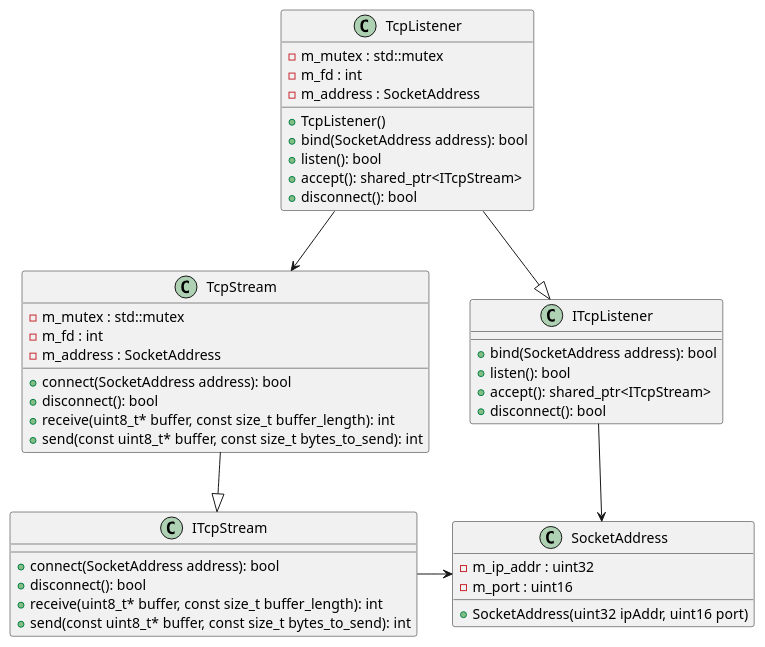
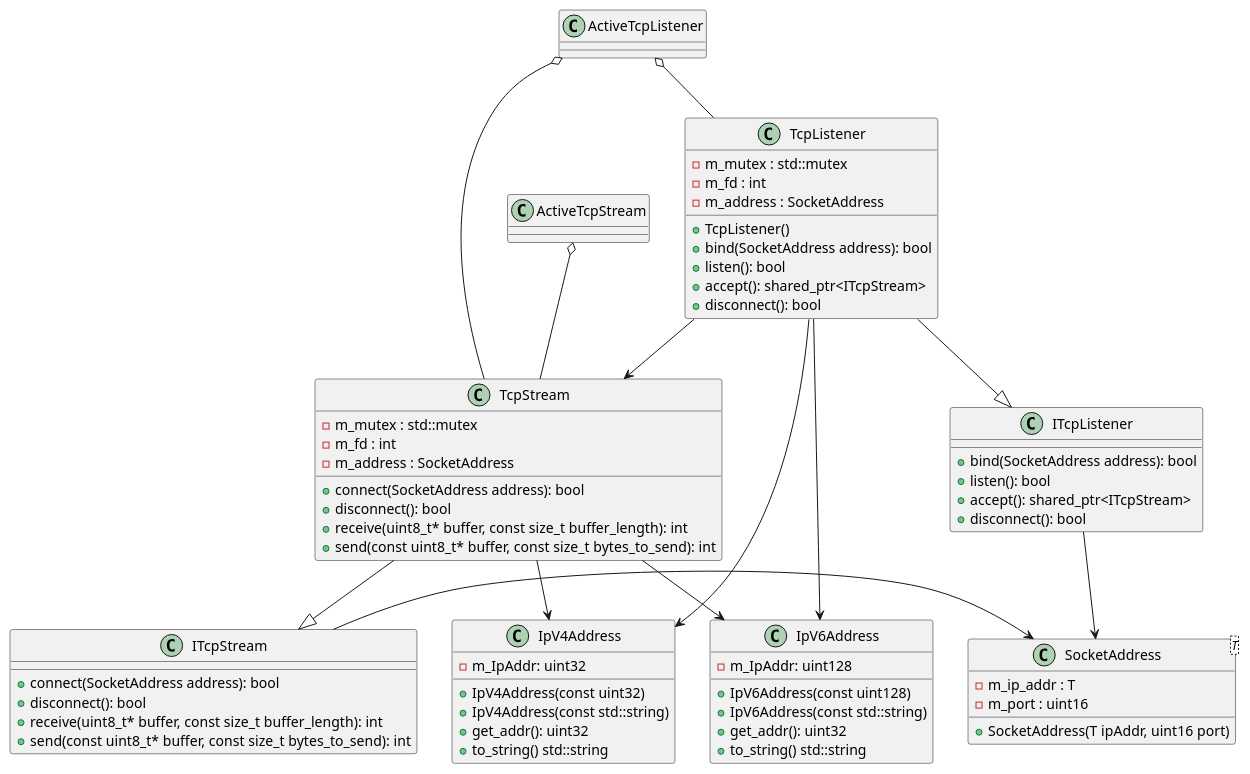
Before and after one commit to lsoldano93/CrossPlatformSockets: the diagram in doc/ClassDiagram.wsd, drawn with PlantUML. The commit also changed 9 other files, not shown here.

```diff
--- a/doc/ClassDiagram.wsd
+++ b/doc/ClassDiagram.wsd
@@ -1,63 +1,100 @@
 @startuml
 
+class IpV4Address
+{
+   - m_IpAddr: uint32
 
-class SocketAddress
+   + IpV4Address(const uint32)
+   + IpV4Address(const std::string)
+   + get_addr(): uint32
+   + to_string() std::string
+}
+
+class IpV6Address
 {
-   - m_ip_addr : uint32
+   - m_IpAddr: uint128
+
+   + IpV6Address(const uint128)
+   + IpV6Address(const std::string)
+   + get_addr(): uint32
+   + to_string() std::string
+}
+
+class SocketAddress<T>
+{
+   - m_ip_addr : T
    - m_port : uint16
 
-   + SocketAddress(uint32 ipAddr, uint16 port)
+   + SocketAddress(T ipAddr, uint16 port)
 }
 
 class ITcpStream
 {
    + connect(SocketAddress address): bool
    + disconnect(): bool
    + receive(uint8_t* buffer, const size_t buffer_length): int 
    + send(const uint8_t* buffer, const size_t bytes_to_send): int
 }
 
 class ITcpListener
 {
    + bind(SocketAddress address): bool
    + listen(): bool
    + accept(): shared_ptr<ITcpStream>
    + disconnect(): bool
 }
 
 class TcpStream
 {
    - m_mutex : std::mutex
    - m_fd : int
    - m_address : SocketAddress
 
    + connect(SocketAddress address): bool
    + disconnect(): bool
    + receive(uint8_t* buffer, const size_t buffer_length): int 
    + send(const uint8_t* buffer, const size_t bytes_to_send): int
 }
 
 class TcpListener
 {
    - m_mutex : std::mutex
    - m_fd : int
    - m_address : SocketAddress
 
    + TcpListener()
    + bind(SocketAddress address): bool
    + listen(): bool
    + accept(): shared_ptr<ITcpStream>
    + disconnect(): bool
 }
 
+class ActiveTcpStream
+{
+
+}
+
+class ActiveTcpListener
+{
+
+}
+
 ITcpStream -> SocketAddress
 
 ITcpListener -> SocketAddress
 
 TcpStream --|> ITcpStream
+TcpStream --> IpV4Address
+TcpStream --> IpV6Address
 
 TcpListener --|> ITcpListener
 TcpListener --> TcpStream
+TcpListener --> IpV4Address
+TcpListener --> IpV6Address
 
+ActiveTcpStream o-- TcpStream
+
+ActiveTcpListener o-- TcpListener
+ActiveTcpListener o-- TcpStream
 
 @enduml
```
